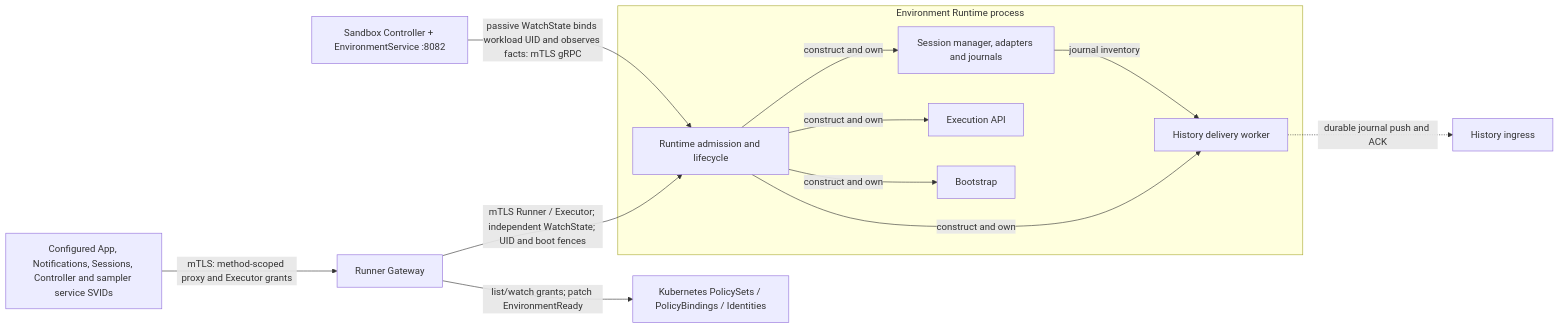
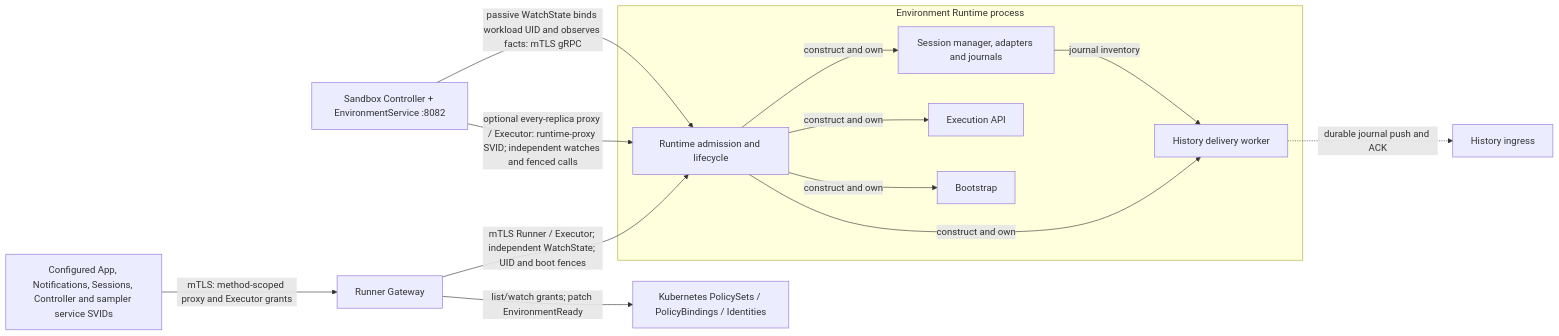
Before and after one commit to agentydragon/ducktape: the seventh of 18 diagrams in agentplane/docs/system_overview.md, drawn with Mermaid. The commit also changed other lines of this file and 41 other files, not shown here.

Commit message:
Serve the Runtime proxy from every Environments replica behind optional settings

````diff
--- a/agentplane/docs/system_overview.md
+++ b/agentplane/docs/system_overview.md
@@ -483,21 +484,22 @@
 ```mermaid
 flowchart LR
     gateway[Runner Gateway]
     services[Configured App, Notifications, Sessions, Controller and sampler service SVIDs]
     services -->|mTLS: method-scoped proxy and Executor grants| gateway
     subgraph environment_runtime[Environment Runtime process]
       runtime[Runtime admission and lifecycle]
       sessions[Session manager, adapters and journals]
       execution[Execution API]
       bootstrap[Bootstrap]
       delivery[History delivery worker]
       runtime -->|construct and own| sessions & execution & bootstrap & delivery
       sessions -->|journal inventory| delivery
     end
     history[History ingress]
     gateway -->|mTLS Runner / Executor; independent WatchState; UID and boot fences| runtime
+    sandboxctl -->|optional every-replica proxy / Executor: runtime-proxy SVID; independent watches and fenced calls| runtime
     policy_api[Kubernetes PolicySets / PolicyBindings / Identities]
     gateway -->|list/watch grants; patch EnvironmentReady| policy_api
     sandboxctl[Sandbox Controller + EnvironmentService :8082] -->|passive WatchState binds workload UID and observes facts: mTLS gRPC| runtime
     delivery -.->|durable journal push and ACK| history
 ```
````
